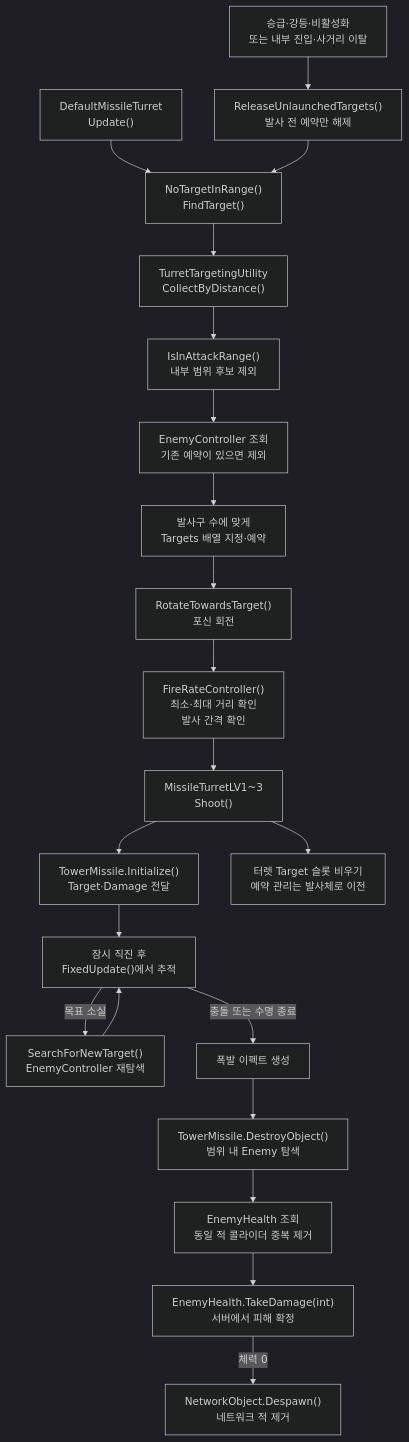
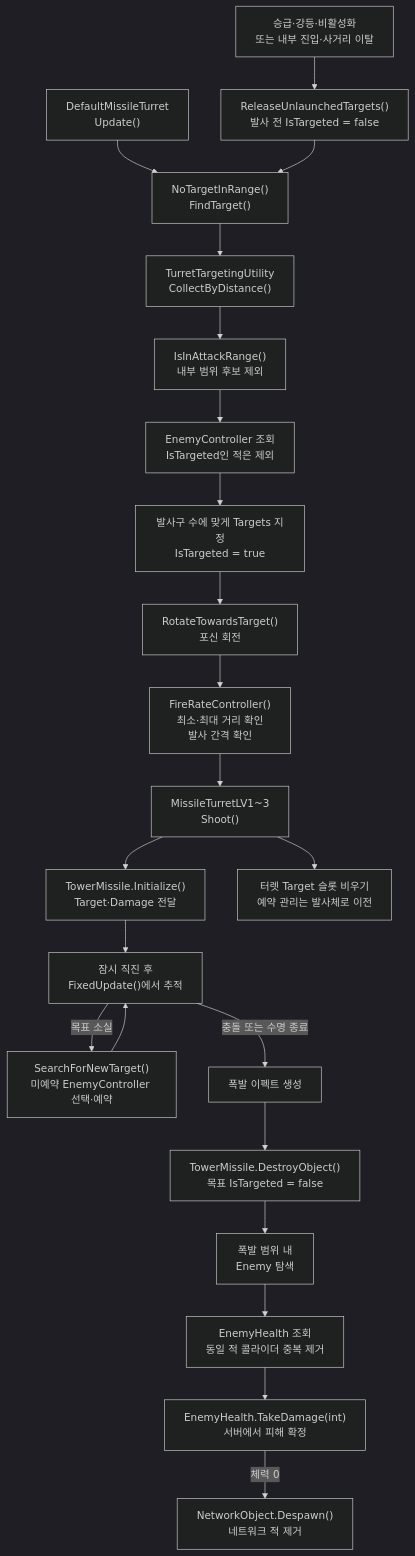
Before and after one commit to Team-HJD-21/unity-6-the-developer: the ninth of 15 diagrams in Docs/architecture/turret-system-guide.md, drawn with Mermaid (dark theme). The commit also changed other lines of this file, not shown here.

Commit message:
docs(turret): document power ownership and controller snapshot APIs

````diff
--- a/Docs/architecture/turret-system-guide.md
+++ b/Docs/architecture/turret-system-guide.md
@@ -330,23 +399,24 @@
 ```mermaid
 flowchart TD
     Update["DefaultMissileTurret<br>Update()"] --> Search["NoTargetInRange()<br>FindTarget()"]
     Search --> Collect["TurretTargetingUtility<br>CollectByDistance()"]
     Collect --> RangeCheck["IsInAttackRange()<br>내부 범위 후보 제외"]
-    RangeCheck --> Filter["EnemyController 조회<br>기존 예약이 있으면 제외"]
-    Filter --> Targets["발사구 수에 맞게<br>Targets 배열 지정·예약"]
+    RangeCheck --> Filter["EnemyController 조회<br>IsTargeted인 적은 제외"]
+    Filter --> Targets["발사구 수에 맞게 Targets 지정<br>IsTargeted = true"]
     Targets --> Rotate["RotateTowardsTarget()<br>포신 회전"]
     Rotate --> Fire["FireRateController()<br>최소·최대 거리 확인<br>발사 간격 확인"]
     Fire --> Shoot["MissileTurretLV1~3<br>Shoot()"]
     Shoot --> Init["TowerMissile.Initialize()<br>Target·Damage 전달"]
     Shoot --> Transfer["터렛 Target 슬롯 비우기<br>예약 관리는 발사체로 이전"]
-    Change["승급·강등·비활성화<br>또는 내부 진입·사거리 이탈"] --> Release["ReleaseUnlaunchedTargets()<br>발사 전 예약만 해제"]
+    Change["승급·강등·비활성화<br>또는 내부 진입·사거리 이탈"] --> Release["ReleaseUnlaunchedTargets()<br>발사 전 IsTargeted = false"]
     Release --> Search
     Init --> Straight["잠시 직진 후<br>FixedUpdate()에서 추적"]
-    Straight -->|목표 소실| Retarget["SearchForNewTarget()<br>EnemyController 재탐색"]
+    Straight -->|목표 소실| Retarget["SearchForNewTarget()<br>미예약 EnemyController 선택·예약"]
     Retarget --> Straight
     Straight -->|충돌 또는 수명 종료| Explosion["폭발 이펙트 생성"]
-    Explosion --> Area["TowerMissile.DestroyObject()<br>범위 내 Enemy 탐색"]
+    Explosion --> Unreserve["TowerMissile.DestroyObject()<br>목표 IsTargeted = false"]
+    Unreserve --> Area["폭발 범위 내<br>Enemy 탐색"]
     Area --> Health["EnemyHealth 조회<br>동일 적 콜라이더 중복 제거"]
     Health --> Damage["EnemyHealth.TakeDamage(int)<br>서버에서 피해 확정"]
     Damage -->|체력 0| Die["NetworkObject.Despawn()<br>네트워크 적 제거"]
 ```
````
